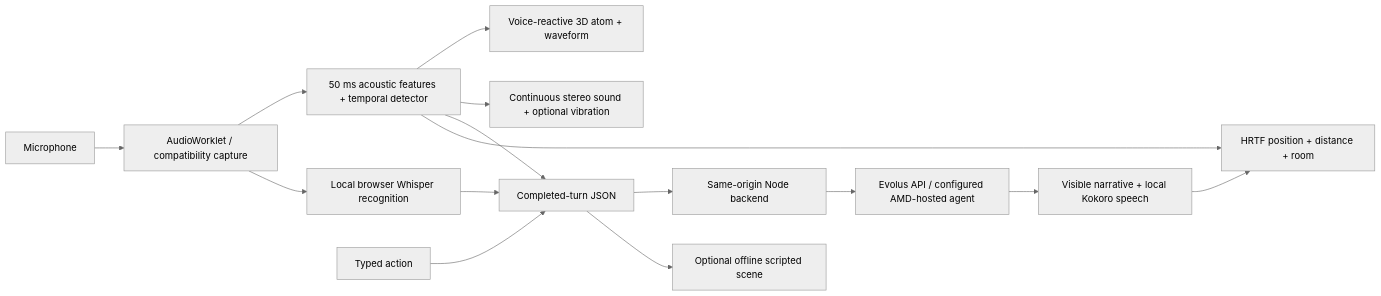
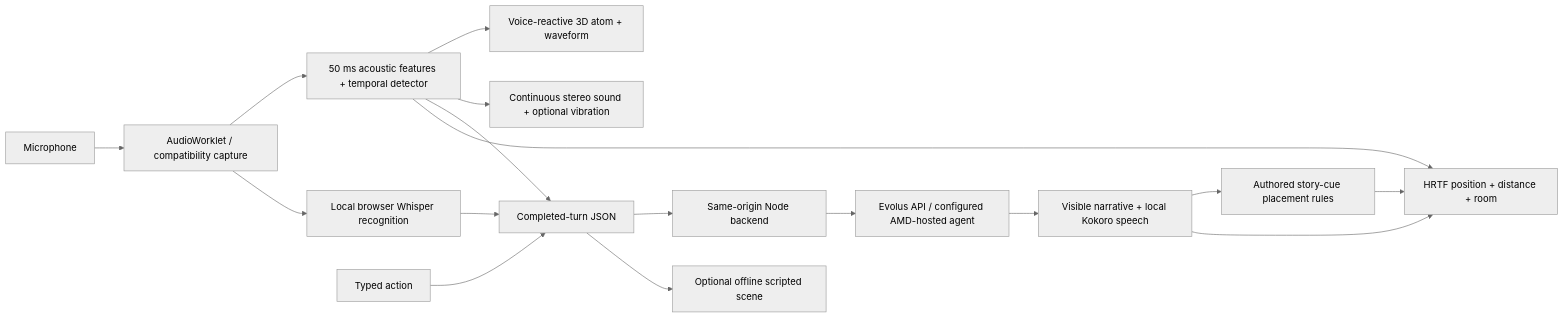
Before and after one commit to sg01-stack/project-zero: the diagram in docs/SUBMISSION.md, drawn with Mermaid (neutral theme). The commit also changed other lines of this file and 27 other files, not shown here.

````diff
--- a/docs/SUBMISSION.md
+++ b/docs/SUBMISSION.md
@@ -19,17 +34,19 @@
 ```mermaid
 flowchart LR
   Mic[Microphone] --> Capture[AudioWorklet / compatibility capture]
   Capture --> Detector[50 ms acoustic features + temporal detector]
   Detector --> Atom[Voice-reactive 3D atom + waveform]
   Capture --> ASR[Local browser Whisper recognition]
   ASR --> JSON
   Detector --> Scene[Continuous stereo sound + optional vibration]
   Detector --> JSON[Completed-turn JSON]
   Text[Typed action] --> JSON
   JSON --> Backend[Same-origin Node backend]
   Backend --> Evolus[Evolus API / configured AMD-hosted agent]
   Evolus --> Reply[Visible narrative + local Kokoro speech]
+  Reply --> Director[Authored story-cue placement rules]
+  Director --> Spatial
   Reply --> Spatial[HRTF position + distance + room]
   Detector --> Spatial
   JSON --> Offline[Optional offline scripted scene]
 ```
````
